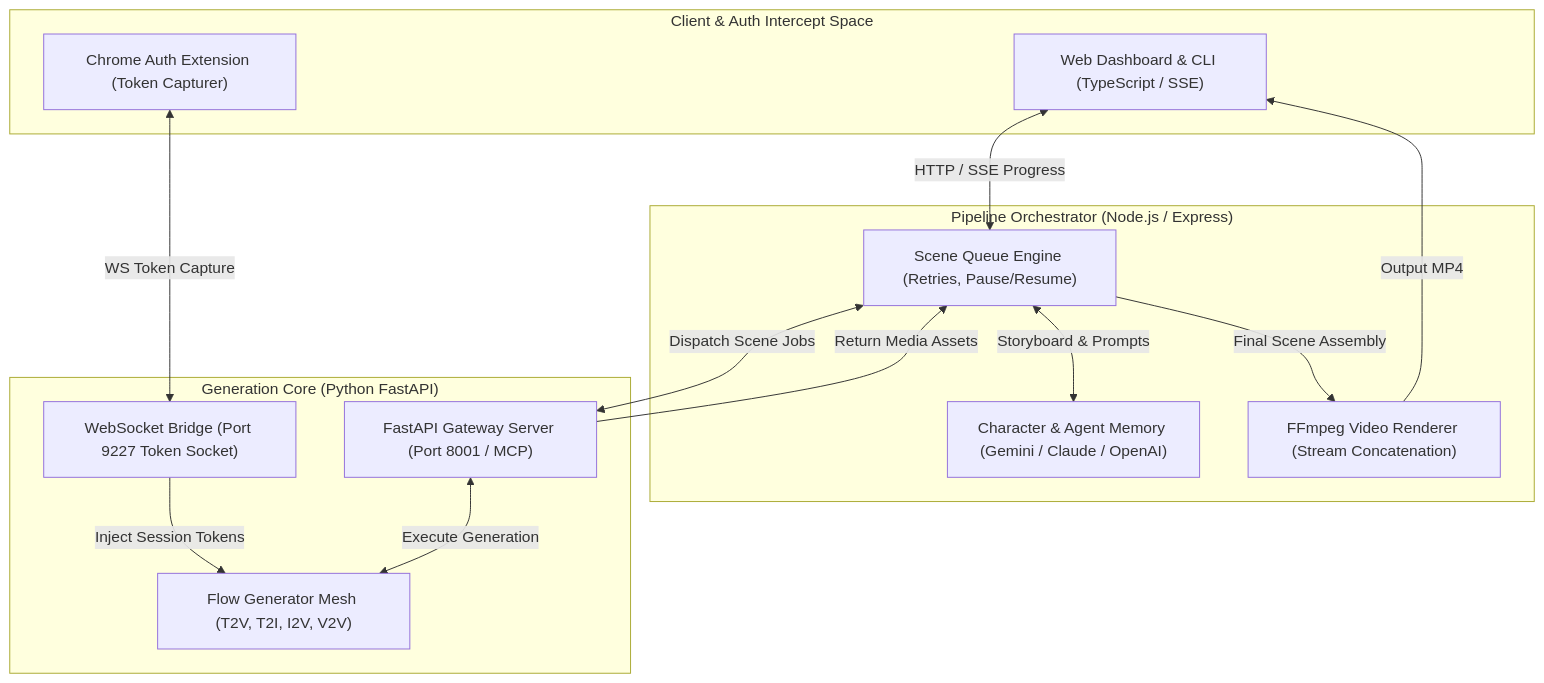
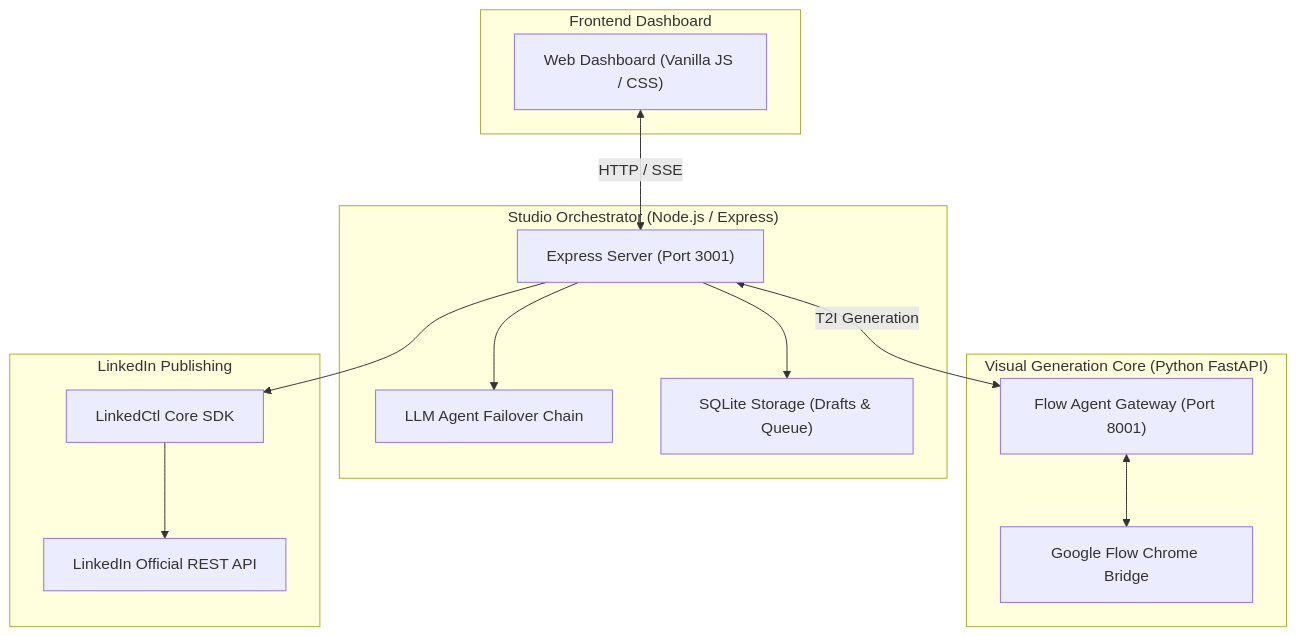
Before and after one commit to shreeharsh-patil/LinkedIn-Automations: the diagram in flow-agent-main/README.md, drawn with Mermaid. The commit also changed other lines of this file and 52 other files, not shown here.

Commit message:
feat(pipeline): improve Studio UI, content validation, error handling, and automation pipeline

````diff
--- a/flow-agent-main/README.md
+++ b/flow-agent-main/README.md
@@ -35,29 +27,30 @@
 ```mermaid
 graph TD
-    subgraph "Client & Auth Intercept Space"
-        A["Web Dashboard & CLI (TypeScript / SSE)"]
-        B["Chrome Auth Extension (Token Capturer)"]
+    subgraph "Frontend Dashboard"
+        A["Web Dashboard (Vanilla JS / CSS)"]
     end
 
-    subgraph "Pipeline Orchestrator (Node.js / Express)"
-        C["Scene Queue Engine (Retries, Pause/Resume)"]
-        D["Character & Agent Memory (Gemini / Claude / OpenAI)"]
-        E["FFmpeg Video Renderer (Stream Concatenation)"]
+    subgraph "Studio Orchestrator (Node.js / Express)"
+        B["Express Server (Port 3001)"]
+        C["LLM Agent Failover Chain"]
+        D["SQLite Storage (Drafts & Queue)"]
     end
 
-    subgraph "Generation Core (Python FastAPI)"
-        F["FastAPI Gateway Server (Port 8001 / MCP)"]
-        G["WebSocket Bridge (Port 9227 Token Socket)"]
-        H["Flow Generator Mesh (T2V, T2I, I2V, V2V)"]
+    subgraph "Visual Generation Core (Python FastAPI)"
+        E["Flow Agent Gateway (Port 8001)"]
+        F["Google Flow Chrome Bridge"]
     end
 
-    A <-->|HTTP / SSE Progress| C
-    B <-->|WS Token Capture| G
-    C <-->|Storyboard & Prompts| D
-    C <-->|Dispatch Scene Jobs| F
-    G -->|Inject Session Tokens| H
-    F <-->|Execute Generation| H
-    F -- Return Media Assets --> C
-    C -->|Final Scene Assembly| E
-    E -- Output MP4 --> A
+    subgraph "LinkedIn Publishing"
+        G["LinkedCtl Core SDK"]
+        H["LinkedIn Official REST API"]
+    end
+
+    A <-->|HTTP / SSE| B
+    B --> C
+    B --> D
+    B <-->|T2I Generation| E
+    E <--> F
+    B --> G
+    G --> H
 ```
````
